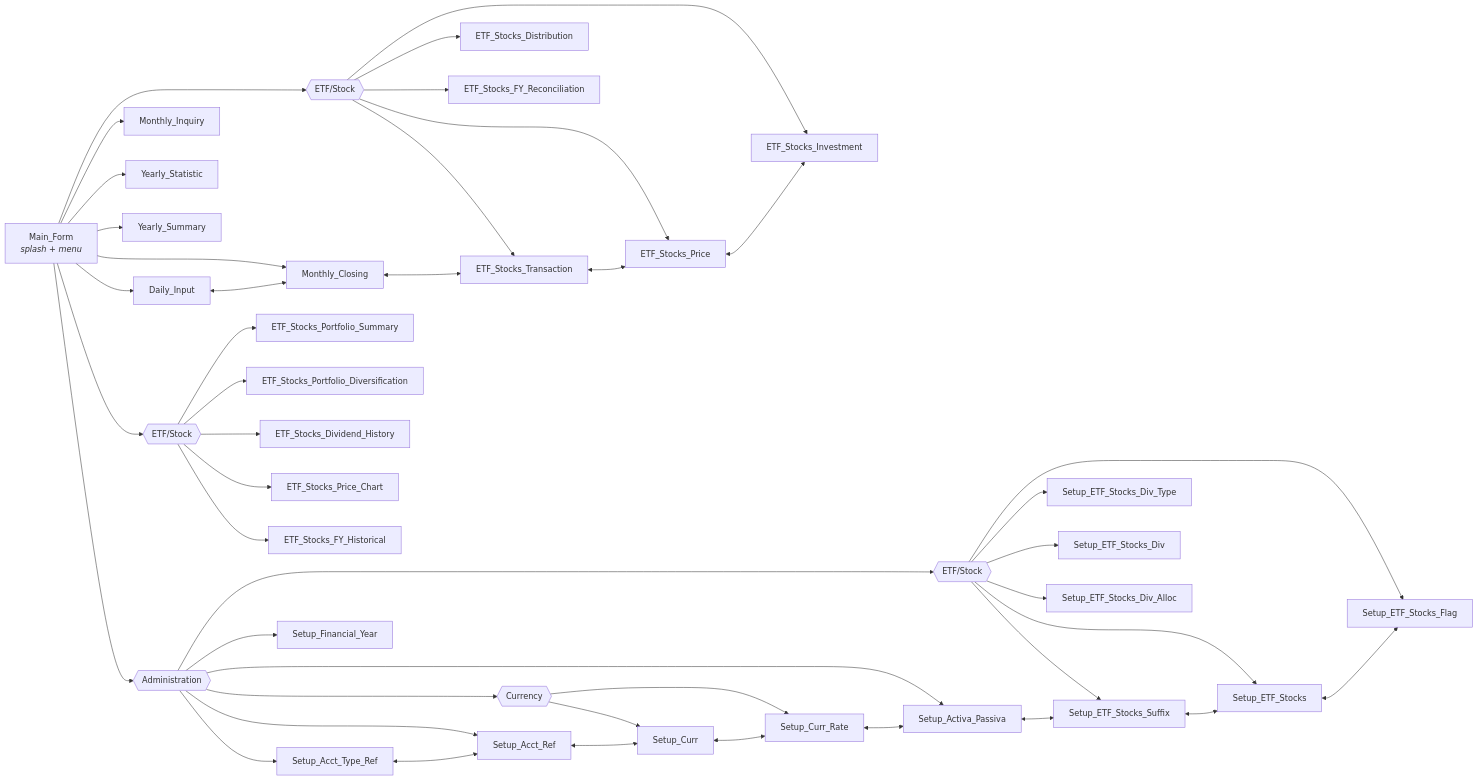
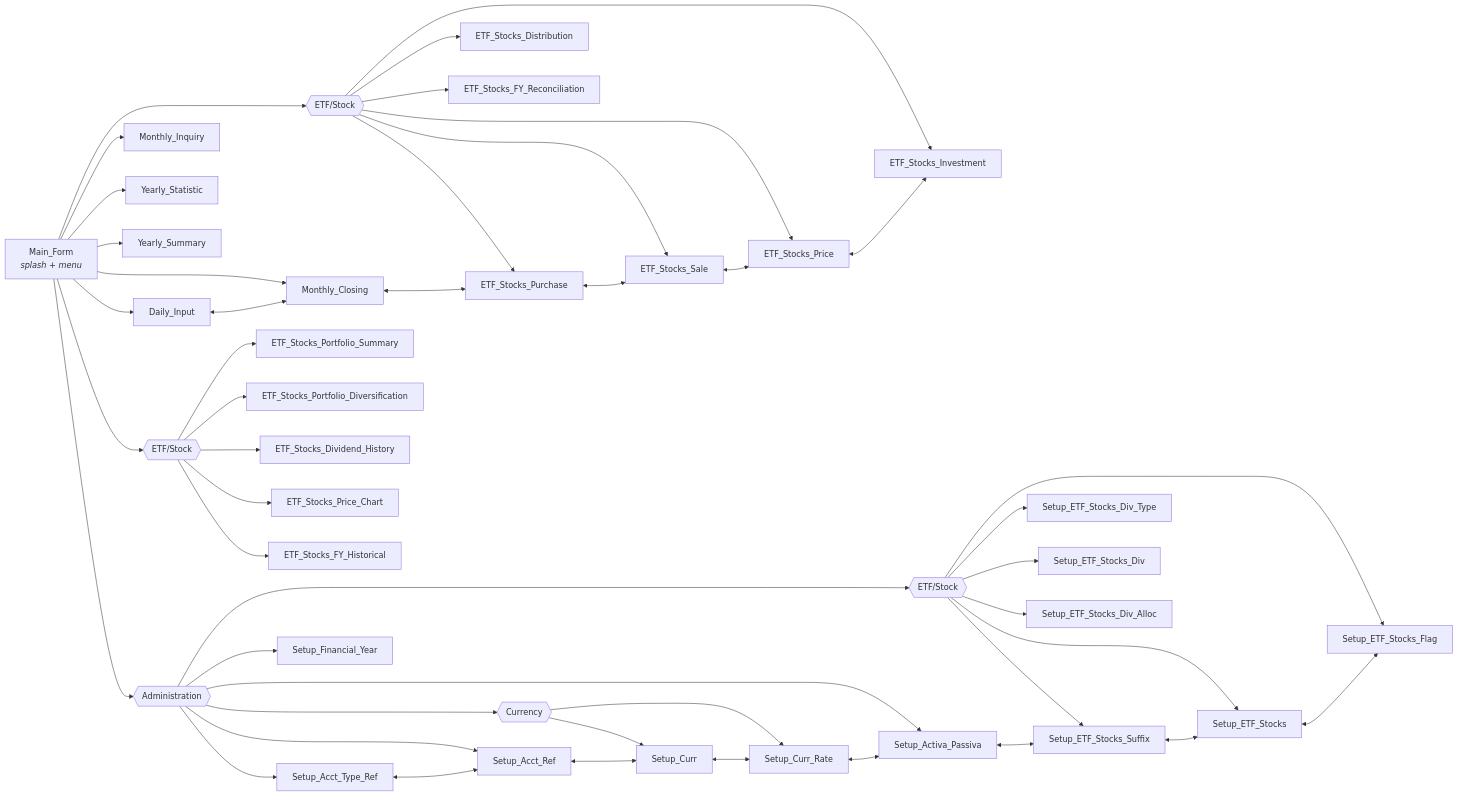
The second of 3 diagrams in README.md (oscar-rijadi/FinancialBalance), drawn with Mermaid before and after one commit. The commit also changed other lines of this file and 53 other files, not shown here.

Commit message:
Separate ETF/Stock Transaction become ETF/Stock Purchase and Sale.

````diff
--- a/README.md
+++ b/README.md
@@ -101,51 +101,53 @@
 ```mermaid
 flowchart LR
     MAIN["Main_Form<br/><i>splash + menu</i>"]
 
     MAIN --> DI["Daily_Input"]
     MAIN --> MC["Monthly_Closing"]
     MAIN --> PETFG{{"ETF/Stock"}}
     PETFG --> ETP["ETF_Stocks_Price"]
     PETFG --> ETI["ETF_Stocks_Investment"]
-    PETFG --> ETX["ETF_Stocks_Transaction"]
+    PETFG --> ETB["ETF_Stocks_Purchase"]
+    PETFG --> ETS["ETF_Stocks_Sale"]
     PETFG --> ETD["ETF_Stocks_Distribution"]
     PETFG --> ETR["ETF_Stocks_FY_Reconciliation"]
     MAIN --> MI["Monthly_Inquiry"]
     MAIN --> YT["Yearly_Statistic"]
     MAIN --> YS["Yearly_Summary"]
     MAIN --> PORTG{{"ETF/Stock"}}
     PORTG --> PSUM["ETF_Stocks_Portfolio_Summary"]
     PORTG --> PDIV["ETF_Stocks_Portfolio_Diversification"]
     PORTG --> PDVH["ETF_Stocks_Dividend_History"]
     PORTG --> PPCH["ETF_Stocks_Price_Chart"]
     PORTG --> PFYH["ETF_Stocks_FY_Historical"]
 
     MAIN --> ADMIN{{"Administration"}}
     ADMIN --> SATR["Setup_Acct_Type_Ref"]
     ADMIN --> SAR["Setup_Acct_Ref"]
     ADMIN --> CURG{{"Currency"}}
     CURG --> SC["Setup_Curr"]
     CURG --> SCR["Setup_Curr_Rate"]
     ADMIN --> SAP["Setup_Activa_Passiva"]
     ADMIN --> SFY["Setup_Financial_Year"]
     ADMIN --> ETFG{{"ETF/Stock"}}
     ETFG --> SES["Setup_ETF_Stocks_Suffix"]
     ETFG --> SET["Setup_ETF_Stocks"]
     ETFG --> SEF["Setup_ETF_Stocks_Flag"]
     ETFG --> SDT["Setup_ETF_Stocks_Div_Type"]
     ETFG --> SDV["Setup_ETF_Stocks_Div"]
     ETFG --> SDA["Setup_ETF_Stocks_Div_Alloc"]
 
     DI <--> MC
-    MC <--> ETX
-    ETX <--> ETP
+    MC <--> ETB
+    ETB <--> ETS
+    ETS <--> ETP
     ETP <--> ETI
 
     SATR <--> SAR
     SAR <--> SC
     SC <--> SCR
     SCR <--> SAP
     SAP <--> SES
     SES <--> SET
     SET <--> SEF
 ```
````
